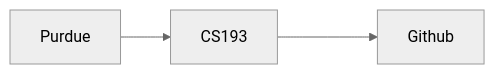
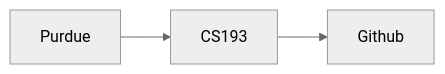
Before and after one commit to Purdue-CS193/homework-0-ilksh: the diagram in index.md, drawn with Mermaid (neutral theme). The commit also changed other lines of this file, not shown here.

````diff
--- a/index.md
+++ b/index.md
@@ -40,5 +41,5 @@
 ```mermaid
   graph LR;
   Purdue --> CS193;
-  CS193 ---> Github;
+  CS193 --> Github;
 ```
````
